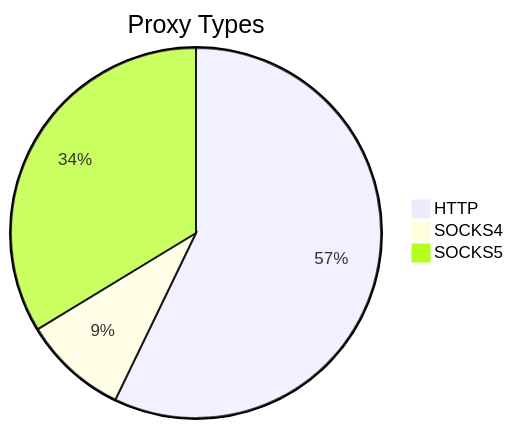
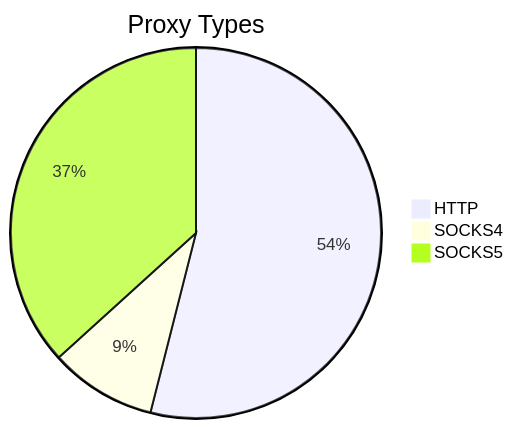
The first of 2 diagrams in README.md (stormsia/proxy-list), drawn with Mermaid before and after one commit. The commit also changed other lines of this file, not shown here.

````diff
--- a/README.md
+++ b/README.md
@@ -21,6 +21,6 @@
 ```mermaid
 pie title Proxy Types
-    "HTTP" : 319
-    "SOCKS4" : 51
-    "SOCKS5" : 188
+    "HTTP" : 191
+    "SOCKS4" : 33
+    "SOCKS5" : 130
 ```
````
